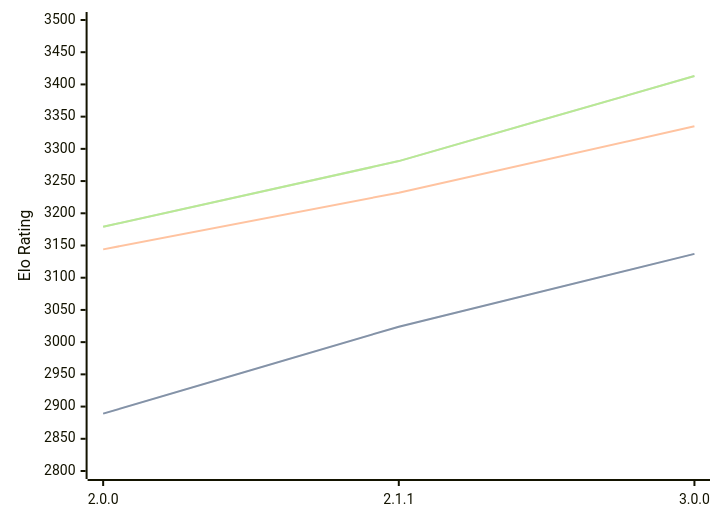
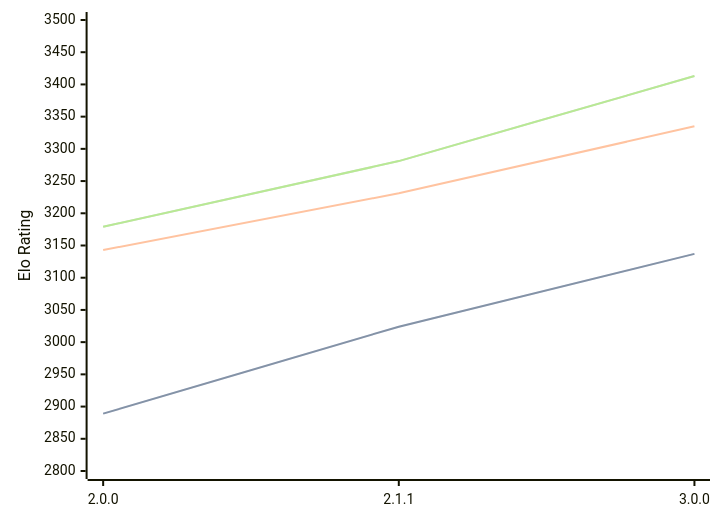
One commit to computer-chess-index/cci changed the diagram in engines/Bread.md. Above: the diagram before and after it, drawn with Mermaid. The commit also changed other lines of this file, not shown here.

````diff
--- a/engines/Bread.md
+++ b/engines/Bread.md
@@ -51,11 +51,11 @@
 ```mermaid
 %%{init: {"theme":"base","themeVariables":{"seriesColors:['#a3a3a3','#222221','#faa371']}}}%%
 xychart-beta
   x-axis ["2.0.0", "2.1.1", "3.0.0"]
   y-axis "Elo Rating" 2800 --> 3500
   line "STC (8.0+0.08s)" [2889, 3024, 3137]
   line "STC (8.0+0.08s)" [2889, 3024, 3137]
-  line "LTC (60.0+0.60s)" [3144, 3232, 3335]
+  line "LTC (60.0+0.60s)" [3143, 3231, 3335]
   line "VLTC (2m24s+1.12s)" [3179, 3281, 3413]
   line "VLTC (2m24s+1.12s)" [3179, 3281, 3413]
 ```
````
